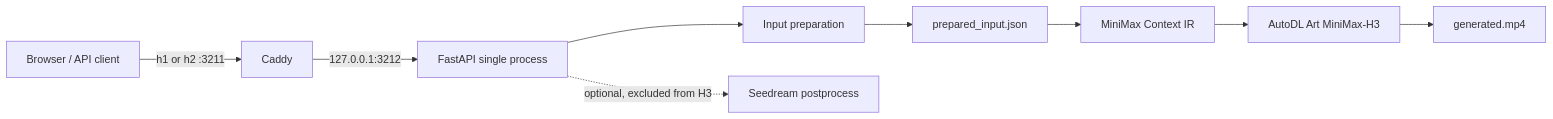
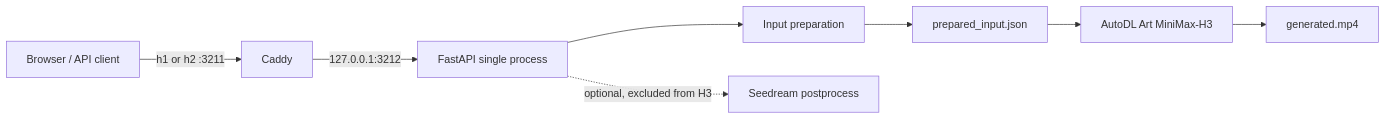
Before and after one commit to xy-plus/duet-ad: the first of 3 diagrams in docs/agent/architecture/architecture.md, drawn with Mermaid. The commit also changed other lines of this file and 37 other files, not shown here.

````diff
--- a/docs/agent/architecture/architecture.md
+++ b/docs/agent/architecture/architecture.md
@@ -17,11 +17,10 @@
 ```mermaid
 flowchart LR
   U[Browser / API client] -->|h1 or h2 :3211| C[Caddy]
   C -->|127.0.0.1:3212| A[FastAPI single process]
   A --> P[Input preparation]
   P --> R[prepared_input.json]
-  R --> I[MiniMax Context IR]
-  I --> H[AutoDL Art MiniMax-H3]
+  R --> H[AutoDL Art MiniMax-H3]
   H --> V[generated.mp4]
   A -. optional, excluded from H3 .-> S[Seedream postprocess]
 ```
````
